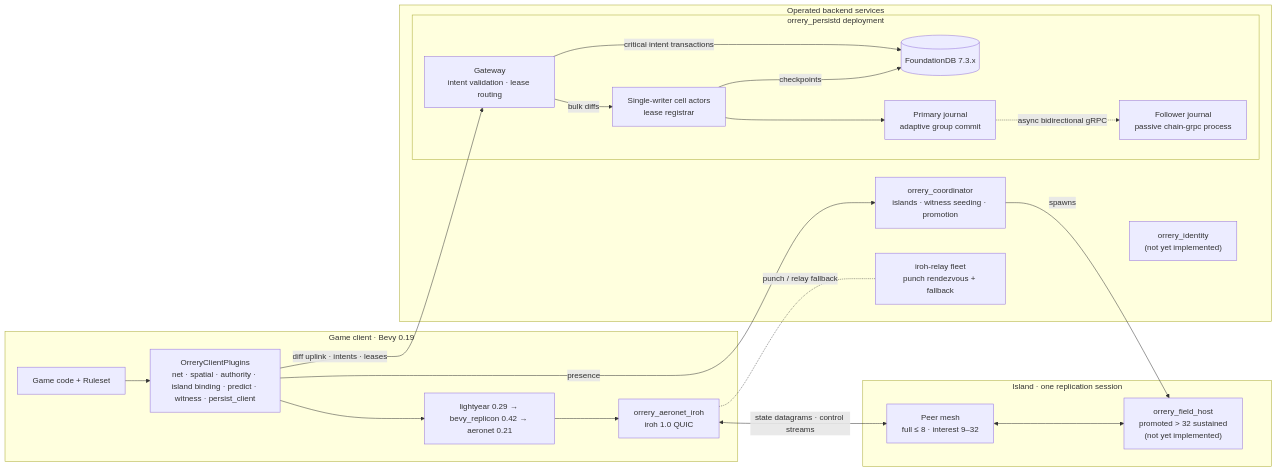
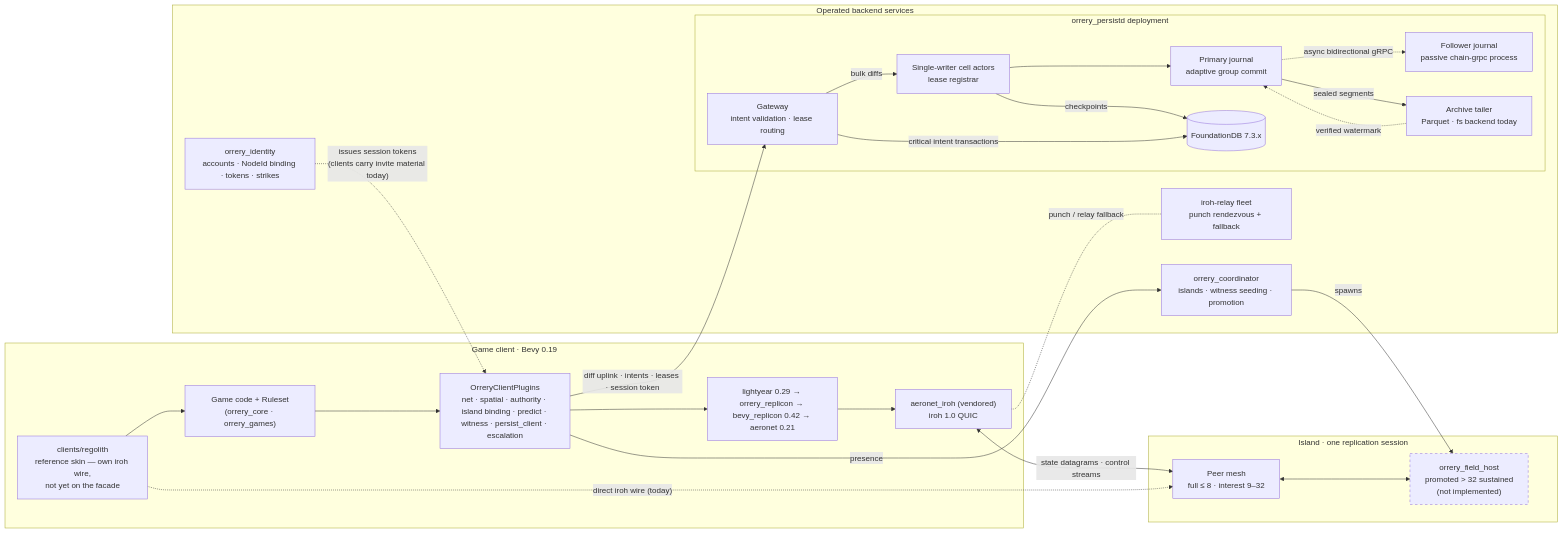
Before and after one commit to baadc0de/orrery: the diagram in README.md, drawn with Mermaid. The commit also changed other lines of this file, not shown here.

````diff
--- a/README.md
+++ b/README.md
@@ -170,40 +324,49 @@
 ```mermaid
 graph LR
     subgraph client["Game client · Bevy 0.19"]
-        game["Game code + Ruleset"]
-        plugins["OrreryClientPlugins<br/>net · spatial · authority · island binding · predict · witness · persist_client"]
-        stack["lightyear 0.29 → bevy_replicon 0.42 → aeronet 0.21"]
-        io["orrery_aeronet_iroh<br/>iroh 1.0 QUIC"]
+        game["Game code + Ruleset<br/>(orrery_core · orrery_games)"]
+        plugins["OrreryClientPlugins<br/>net · spatial · authority · island binding · predict · witness · persist_client · escalation"]
+        stack["lightyear 0.29 → orrery_replicon → bevy_replicon 0.42 → aeronet 0.21"]
+        io["aeronet_iroh (vendored)<br/>iroh 1.0 QUIC"]
+        skin["clients/regolith<br/>reference skin — own iroh wire,<br/>not yet on the facade"]
         game --> plugins --> stack --> io
+        skin --> game
     end
 
     subgraph island["Island · one replication session"]
         peers["Peer mesh<br/>full ≤ 8 · interest 9–32"]
-        fieldhost["orrery_field_host<br/>promoted &gt; 32 sustained<br/>(not yet implemented)"]
+        fieldhost["orrery_field_host<br/>promoted &gt; 32 sustained<br/>(not implemented)"]
         peers <--> fieldhost
     end
 
     subgraph backend["Operated backend services"]
         relays["iroh-relay fleet<br/>punch rendezvous + fallback"]
         coord["orrery_coordinator<br/>islands · witness seeding · promotion"]
-        identity["orrery_identity<br/>(not yet implemented)"]
+        identity["orrery_identity<br/>accounts · NodeId binding · tokens · strikes"]
         subgraph persistd["orrery_persistd deployment"]
             gateway["Gateway<br/>intent validation · lease routing"]
             actors["Single-writer cell actors<br/>lease registrar"]
             journal["Primary journal<br/>adaptive group commit"]
             mirror["Follower journal<br/>passive chain-grpc process"]
+            tailer["Archive tailer<br/>Parquet · fs backend today"]
             fdb[("FoundationDB 7.3.x")]
             gateway -->|"bulk diffs"| actors
             actors --> journal
             journal -.->|"async bidirectional gRPC"| mirror
+            journal -->|"sealed segments"| tailer
+            tailer -.->|"verified watermark"| journal
             actors -->|"checkpoints"| fdb
             gateway -->|"critical intent transactions"| fdb
         end
     end
 
     io <-->|"state datagrams · control streams"| peers
+    skin -.->|"direct iroh wire (today)"| peers
     io -.-|"punch / relay fallback"| relays
     plugins -->|"presence"| coord
-    plugins -->|"diff uplink · intents · leases"| gateway
+    plugins -->|"diff uplink · intents · leases · session token"| gateway
+    identity -.->|"issues session tokens<br/>(clients carry invite material today)"| plugins
     coord -->|"spawns"| fieldhost
+    classDef planned stroke-dasharray: 5 5;
+    class fieldhost planned;
 ```
````
